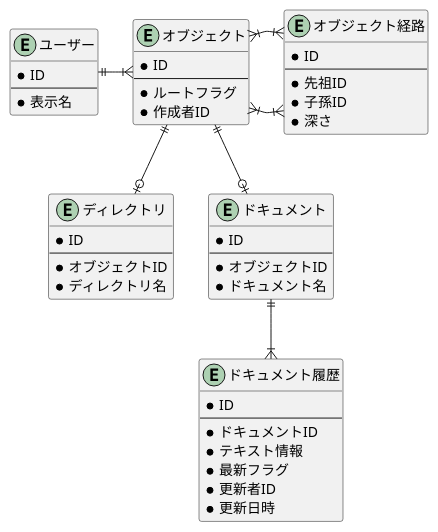
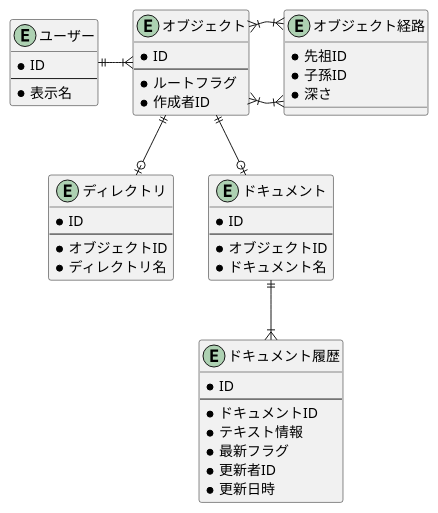
Before and after one commit to yudai64/PrAha-Challenge: the diagram in DB/03/work/ER.puml, drawn with PlantUML.

Commit message:
経路のテーブルからサロゲートキー削除

```diff
--- a/DB/03/work/ER.puml
+++ b/DB/03/work/ER.puml
@@ -1,55 +1,53 @@
 @startuml
 
 entity "ユーザー" {
     *ID
     --
     *表示名
 }
 
 entity "オブジェクト" {
     *ID
     --
     *ルートフラグ
     *作成者ID
 }
 
 entity "ディレクトリ" {
     *ID
     --
     *オブジェクトID
     *ディレクトリ名
 }
 
 entity "ドキュメント" {
     *ID
     --
     *オブジェクトID
     *ドキュメント名
 }
 
 entity "ドキュメント履歴" {
     *ID
     --
     *ドキュメントID
     *テキスト情報
     *最新フラグ
     *更新者ID
     *更新日時
 }
 
 entity "オブジェクト経路" {
-    *ID
-    --
     *先祖ID
     *子孫ID
     *深さ
 }
 
 ユーザー ||-r-|{ オブジェクト
 オブジェクト ||-d-o| ドキュメント
 オブジェクト ||-d-o| ディレクトリ
 オブジェクト }|-r-|{ オブジェクト経路
 オブジェクト }|-r-|{ オブジェクト経路
 ドキュメント ||-d-|{ ドキュメント履歴
 
 @enduml
```
